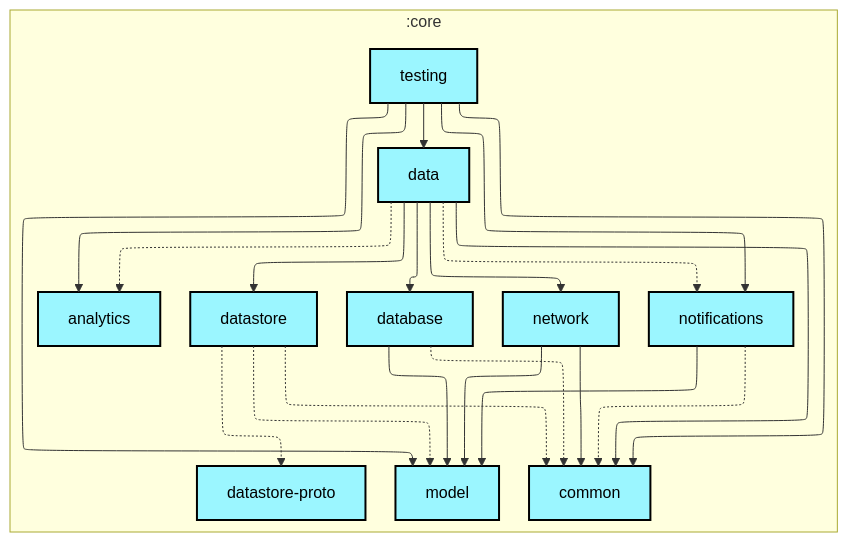
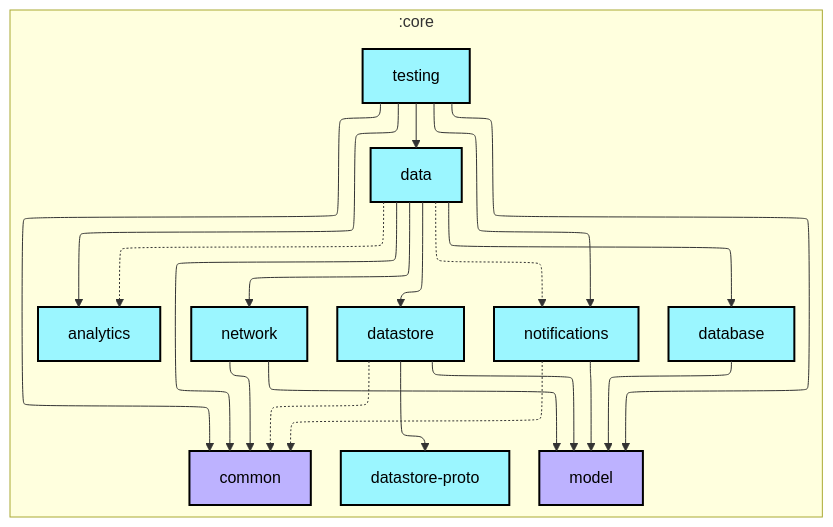
Before and after one commit to lihenggui/nowinkmp: the first of 2 diagrams in core/testing/README.md, drawn with Mermaid. The commit also changed other lines of this file and 26 other files, not shown here.

First line of the commit message:
Revert "Updates module graphs"

````diff
--- a/core/testing/README.md
+++ b/core/testing/README.md
@@ -6,50 +6,49 @@
 ```mermaid
 ---
 config:
   layout: elk
   elk:
     nodePlacementStrategy: SIMPLE
 ---
 graph TB
   subgraph :core
     direction TB
-    :core:analytics[analytics]:::kmp-library
-    :core:common[common]:::kmp-library
-    :core:data[data]:::kmp-library
-    :core:database[database]:::kmp-library
-    :core:datastore[datastore]:::kmp-library
-    :core:datastore-proto[datastore-proto]:::kmp-library
-    :core:model[model]:::kmp-library
-    :core:network[network]:::kmp-library
-    :core:notifications[notifications]:::kmp-library
-    :core:testing[testing]:::kmp-library
+    :core:analytics[analytics]:::android-library
+    :core:common[common]:::jvm-library
+    :core:data[data]:::android-library
+    :core:database[database]:::android-library
+    :core:datastore[datastore]:::android-library
+    :core:datastore-proto[datastore-proto]:::android-library
+    :core:model[model]:::jvm-library
+    :core:network[network]:::android-library
+    :core:notifications[notifications]:::android-library
+    :core:testing[testing]:::android-library
   end
 
   :core:data -.-> :core:analytics
   :core:data --> :core:common
   :core:data --> :core:database
   :core:data --> :core:datastore
   :core:data --> :core:network
   :core:data -.-> :core:notifications
-  :core:database -.-> :core:common
   :core:database --> :core:model
   :core:datastore -.-> :core:common
-  :core:datastore -.-> :core:datastore-proto
-  :core:datastore -.-> :core:model
+  :core:datastore --> :core:datastore-proto
+  :core:datastore --> :core:model
   :core:network --> :core:common
   :core:network --> :core:model
   :core:notifications -.-> :core:common
   :core:notifications --> :core:model
   :core:testing --> :core:analytics
   :core:testing --> :core:common
   :core:testing --> :core:data
   :core:testing --> :core:model
   :core:testing --> :core:notifications
 
-classDef cmp-application fill:#CAFFBF,stroke:#000,stroke-width:2px,color:#000;
-classDef cmp-feature fill:#FFD6A5,stroke:#000,stroke-width:2px,color:#000;
-classDef kmp-library fill:#9BF6FF,stroke:#000,stroke-width:2px,color:#000;
+classDef android-application fill:#CAFFBF,stroke:#000,stroke-width:2px,color:#000;
+classDef android-feature fill:#FFD6A5,stroke:#000,stroke-width:2px,color:#000;
+classDef android-library fill:#9BF6FF,stroke:#000,stroke-width:2px,color:#000;
+classDef android-test fill:#A0C4FF,stroke:#000,stroke-width:2px,color:#000;
 classDef jvm-library fill:#BDB2FF,stroke:#000,stroke-width:2px,color:#000;
-classDef android-test fill:#A0C4FF,stroke:#000,stroke-width:2px,color:#000;
 classDef unknown fill:#FFADAD,stroke:#000,stroke-width:2px,color:#000;
 ```
````
